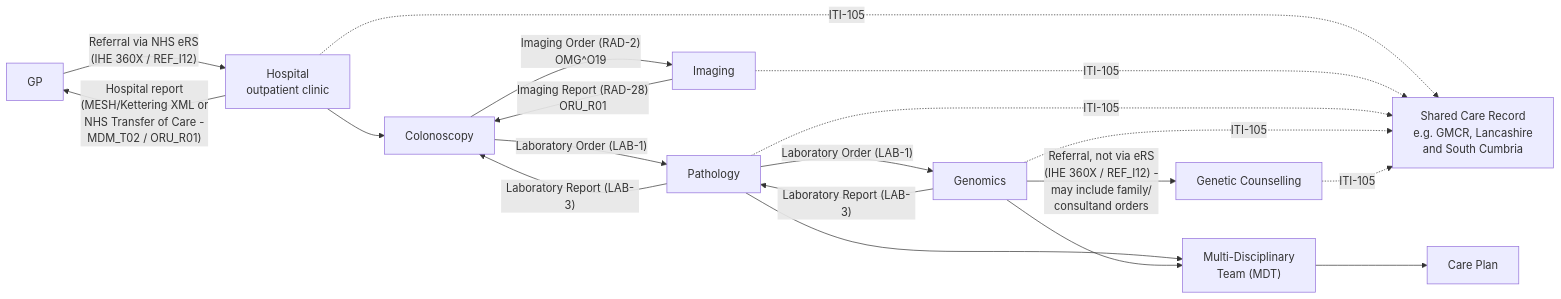
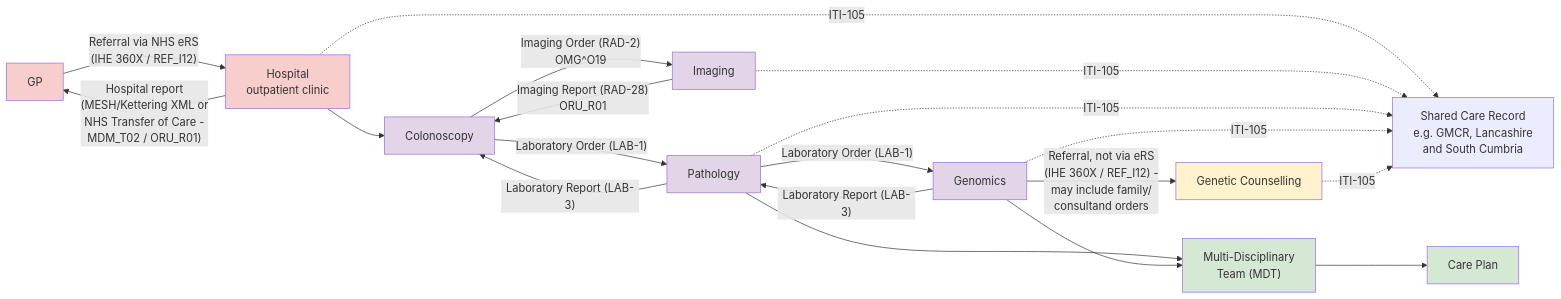
The third of 7 diagrams in input/pagecontent/CancerNOS.md (nw-gmsa/nw-gmsa.github.com), drawn with Mermaid before and after one commit. The commit also changed other lines of this file, not shown here.

````diff
--- a/input/pagecontent/CancerNOS.md
+++ b/input/pagecontent/CancerNOS.md
@@ -106,22 +113,34 @@
 ```mermaid
 flowchart LR
     GP["GP"] -->|"Referral via NHS eRS<br/>(IHE 360X / REF_I12)"| Hosp["Hospital<br/>outpatient clinic"]
     Hosp -->|"Hospital report<br/>(MESH/Kettering XML or<br/>NHS Transfer of Care -<br/>MDM_T02 / ORU_R01)"| GP
     Hosp --> Colo["Colonoscopy"]
     Colo -->|"Imaging Order (RAD-2)<br/>OMG^O19"| Img["Imaging"]
     Img -->|"Imaging Report (RAD-28)<br/>ORU_R01"| Colo
     Colo -->|"Laboratory Order (LAB-1)"| Path["Pathology"]
     Path -->|"Laboratory Report (LAB-3)"| Colo
     Path -->|"Laboratory Order (LAB-1)"| Gen["Genomics"]
     Gen -->|"Laboratory Report (LAB-3)"| Path
     Gen -->|"Referral, not via eRS<br/>(IHE 360X / REF_I12) -<br/>may include family/<br/>consultand orders"| Couns["Genetic Counselling"]
     Path --> MDT["Multi-Disciplinary<br/>Team (MDT)"]
     Gen --> MDT
     MDT --> Plan["Care Plan"]
 
     Hosp -.->|"ITI-105"| SCR["Shared Care Record<br/>e.g. GMCR, Lancashire<br/>and South Cumbria"]
     Img -.->|"ITI-105"| SCR
     Path -.->|"ITI-105"| SCR
     Gen -.->|"ITI-105"| SCR
     Couns -.->|"ITI-105"| SCR
+
+    classDef purple fill:#E1D5E7;
+    classDef yellow fill:#FFF2CC;
+    classDef pink fill:#F8CECC;
+    classDef green fill:#D5E8D4;
+    classDef blue fill:#DAE8FC;
+    classDef orange fill:#FFE6CC;
+
+    class GP,Hosp pink
+    class Colo,Img,Path,Gen purple
+    class Couns yellow
+    class MDT,Plan green
 ```
````
